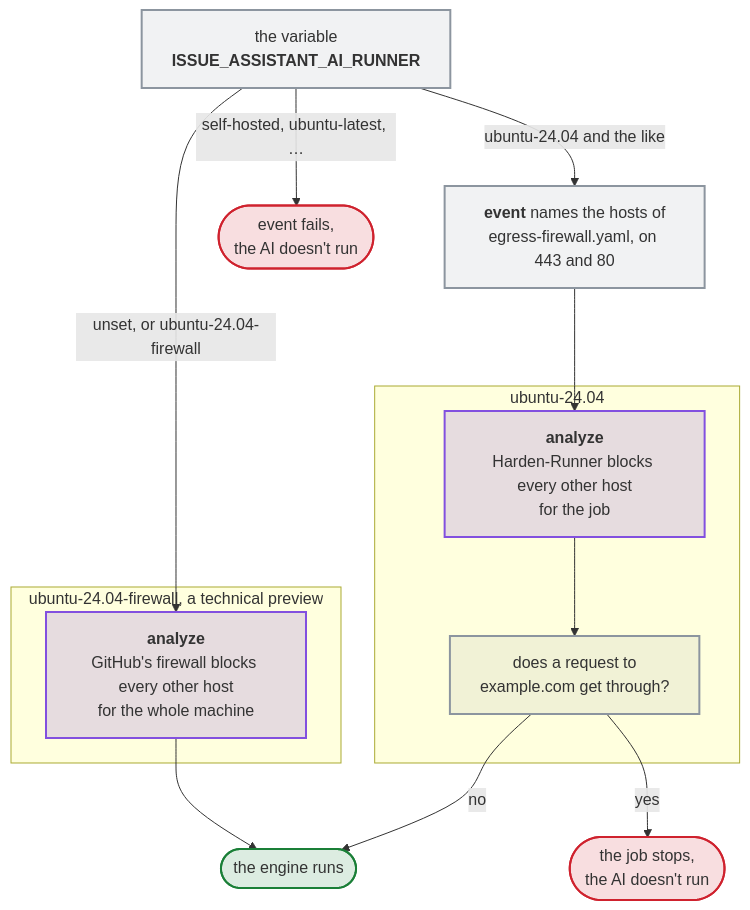
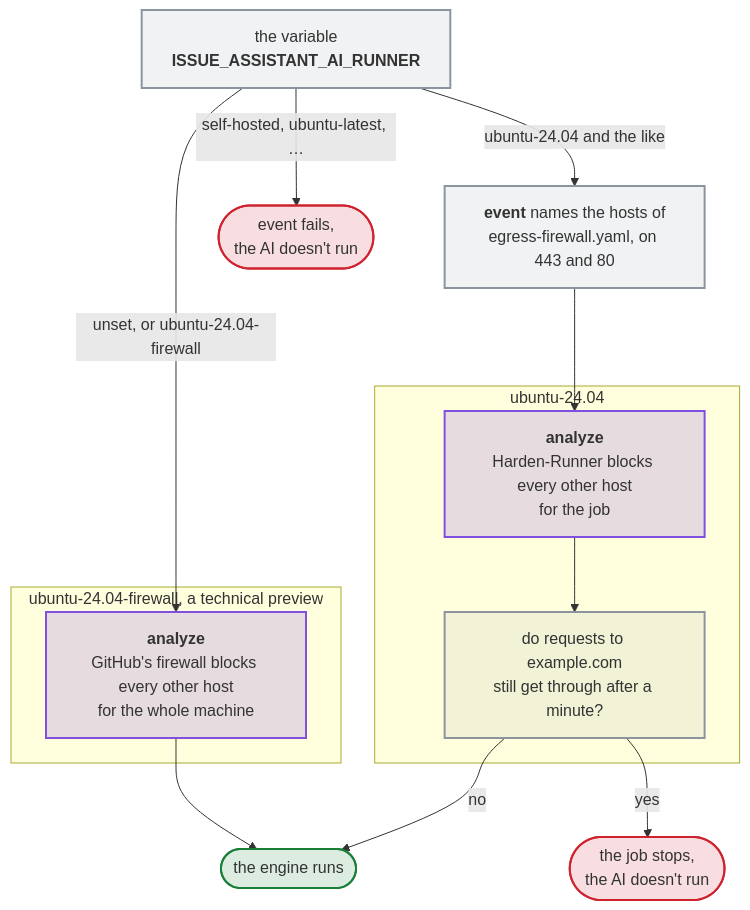
One commit to Dennis-Otto/issue-assistant changed the diagram in docs/diagrams/which-runner-the-ai-runs-on.mmd. Above: the diagram before and after it, drawn with Mermaid. The commit also changed 18 other files, not shown here.

First line of the commit message:
fix: stop jobs hanging behind Harden-Runner and wait for its late agent (#218)

```diff
--- a/docs/diagrams/which-runner-the-ai-runs-on.mmd
+++ b/docs/diagrams/which-runner-the-ai-runs-on.mmd
@@ -1,29 +1,29 @@
 flowchart TB
   accTitle: Which runner the AI runs on
-  accDescr: The job event reads the repository variable ISSUE_ASSISTANT_AI_RUNNER. Unset, or ubuntu-24.04-firewall, the job analyze runs on GitHub's egress-firewall runner, whose firewall blocks every host but those of .github/egress-firewall.yaml for the whole machine. For one of GitHub's runners of Ubuntu with a fixed version, such as ubuntu-24.04, the job event names the hosts of the same file with their ports; there Harden-Runner blocks every other host as the first step of analyze, and the next step stops the job when a request to example.com gets through, before the engine runs. For any other runner, such as a self-hosted one or ubuntu-latest, the job event fails and the AI doesn't run.
+  accDescr: The job event reads the repository variable ISSUE_ASSISTANT_AI_RUNNER. Unset, or ubuntu-24.04-firewall, the job analyze runs on GitHub's egress-firewall runner, whose firewall blocks every host but those of .github/egress-firewall.yaml for the whole machine. For one of GitHub's runners of Ubuntu with a fixed version, such as ubuntu-24.04, the job event names the hosts of the same file with their ports; there Harden-Runner blocks every other host as the first step of analyze, and the next step stops the job when requests to example.com still get through after a minute, before the engine runs. For any other runner, such as a self-hosted one or ubuntu-latest, the job event fails and the AI doesn't run.
   variable["`the variable<br>**ISSUE_ASSISTANT_AI_RUNNER**`"]
   variable -->|"unset, or ubuntu-24.04-firewall"| firewall
   variable -->|"ubuntu-24.04 and the like"| endpoints
   variable -->|"self-hosted, ubuntu-latest, …"| refused
   subgraph preview ["ubuntu-24.04-firewall, a technical preview"]
     firewall["`**analyze**<br>GitHub's firewall blocks every other host<br>for the whole machine`"]
   end
   endpoints["`**event** names the hosts of<br>egress-firewall.yaml, on 443 and 80`"]
   subgraph plain ["ubuntu-24.04"]
     hardened["`**analyze**<br>Harden-Runner blocks every other host<br>for the job`"]
-    holds["`does a request to<br>example.com get through?`"]
+    holds["`do requests to example.com<br>still get through after a minute?`"]
     hardened --> holds
   end
   endpoints --> hardened
   firewall --> engine(["the engine runs"])
   holds -->|no| engine
   holds -->|yes| stop(["the job stops,<br>the AI doesn't run"])
   refused(["event fails,<br>the AI doesn't run"])
   classDef ai fill:#8250df33,stroke:#8250df,stroke-width:2px
   classDef job fill:#8c959f1f,stroke:#8c959f,stroke-width:2px
   classDef safe fill:#1a7f3726,stroke:#1a7f37,stroke-width:2px
   classDef untrusted fill:#cf222e26,stroke:#cf222e,stroke-width:2px
   class firewall,hardened ai
   class variable,endpoints,holds job
   class engine safe
   class stop,refused untrusted
```
